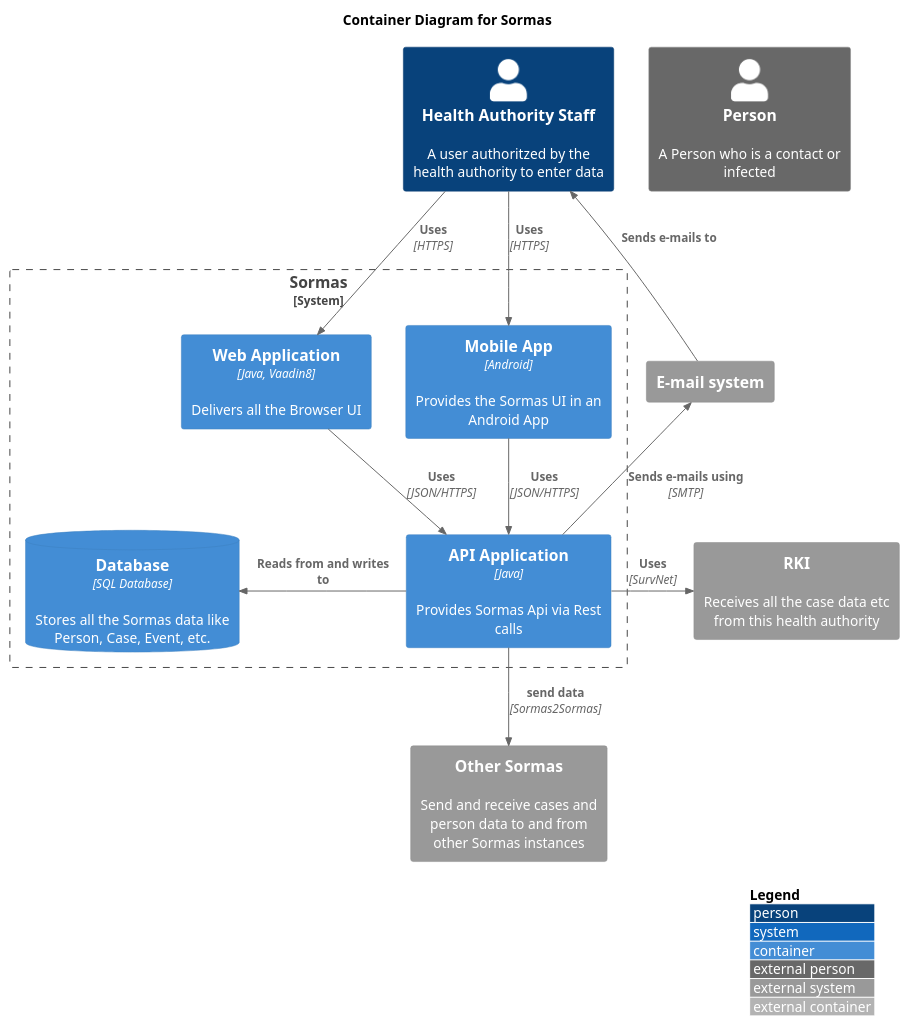
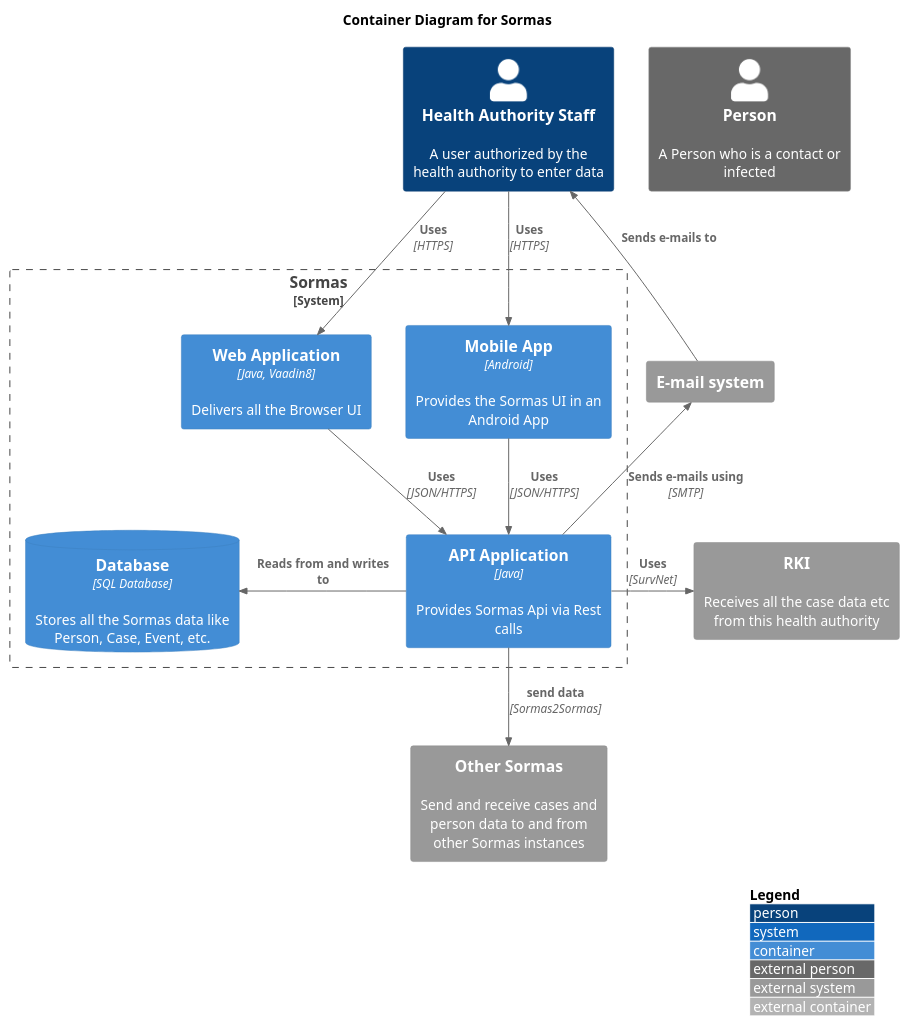
The diagram in docs/C4_ContainerDiagram.puml (AxelNennker/SORMAS-Project), drawn with PlantUML before and after one commit. The commit also changed 2 other files, not shown here.

```diff
--- a/docs/C4_ContainerDiagram.puml
+++ b/docs/C4_ContainerDiagram.puml
@@ -1,38 +1,38 @@
 @startuml
 !include https://raw.githubusercontent.com/plantuml-stdlib/C4-PlantUML/master/C4_Container.puml
 ' uncomment the following line and comment the first to use locally
 ' !include C4_Container.puml
 
 ' LAYOUT_TOP_DOWN()
 ' LAYOUT_AS_SKETCH()
 LAYOUT_WITH_LEGEND()
 
 title Container Diagram for Sormas
 
-Person(sormas_user, "Health Authority Staff", "A user authoritzed by the health authority to enter data")
+Person(sormas_user, "Health Authority Staff", "A user authorized by the health authority to enter data")
 Person_Ext(sormas_person, "Person", "A Person who is a contact or infected")
 
 System_Boundary(c1, "Sormas") {
     Container(sormas_web, "Web Application", "Java, Vaadin8", "Delivers all the Browser UI")
     Container(sormas_android, "Mobile App", "Android", "Provides the Sormas UI in an Android App")
     ContainerDb(database, "Database", "SQL Database", "Stores all the Sormas data like Person, Case, Event, etc.")
     Container(sormas_api, "API Application", "Java", "Provides Sormas Api via Rest calls")
 }
 
 System_Ext(email_system, "E-mail system", "")
 System_Ext(rki, "RKI", "Receives all the case data etc from this health authority")
 System_Ext(other_sormas, "Other Sormas", "Send and receive cases and person data to and from other Sormas instances")
 
 Rel(sormas_user, sormas_web, "Uses", "HTTPS")
 Rel(sormas_user, sormas_android, "Uses", "HTTPS")
 
 Rel(sormas_android, sormas_api, "Uses", "JSON/HTTPS")
 Rel(sormas_web, sormas_api, "Uses", "JSON/HTTPS")
 Rel_Back_Neighbor(database, sormas_api, "Reads from and writes to")
 
 Rel_Back(sormas_user, email_system, "Sends e-mails to")
 Rel_Back(email_system, sormas_api, "Sends e-mails using", "SMTP")
 Rel_Neighbor(sormas_api, rki, "Uses", "SurvNet")
 Rel(sormas_api, other_sormas, "send data", "Sormas2Sormas")
 
 @enduml
```
